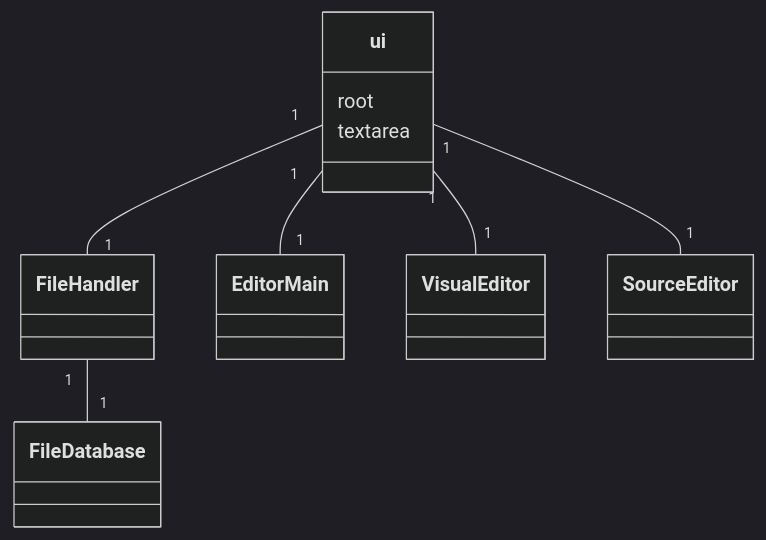
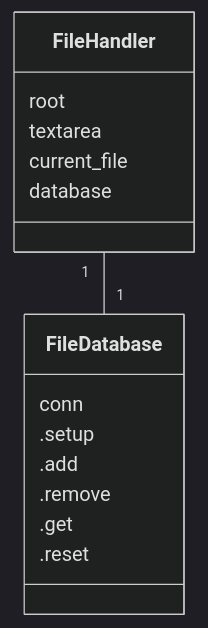
One commit to pondbackjunior/ot-harjoitustyo changed the first of 2 diagrams in dokumentaatio/arkkitehtuuri.md. Above: the diagram before and after it, drawn with Mermaid (dark theme). The commit also changed other lines of this file and 13 other files, not shown here.

````diff
--- a/dokumentaatio/arkkitehtuuri.md
+++ b/dokumentaatio/arkkitehtuuri.md
@@ -1,13 +9,18 @@
 ```mermaid
- classDiagram
-    ui "1" -- "1" FileHandler
-    ui "1" -- "1" EditorMain
-    ui "1" -- "1" VisualEditor
-    ui "1" -- "1" SourceEditor
+    classDiagram
     FileHandler "1" -- "1" FileDatabase
-
-    class ui{
+    class FileDatabase {
+        conn
+        .setup
+        .add
+        .remove
+        .get
+        .reset
+    }
+    class FileHandler {
         root
         textarea
+        current_file
+        database
     }
 ```
````
